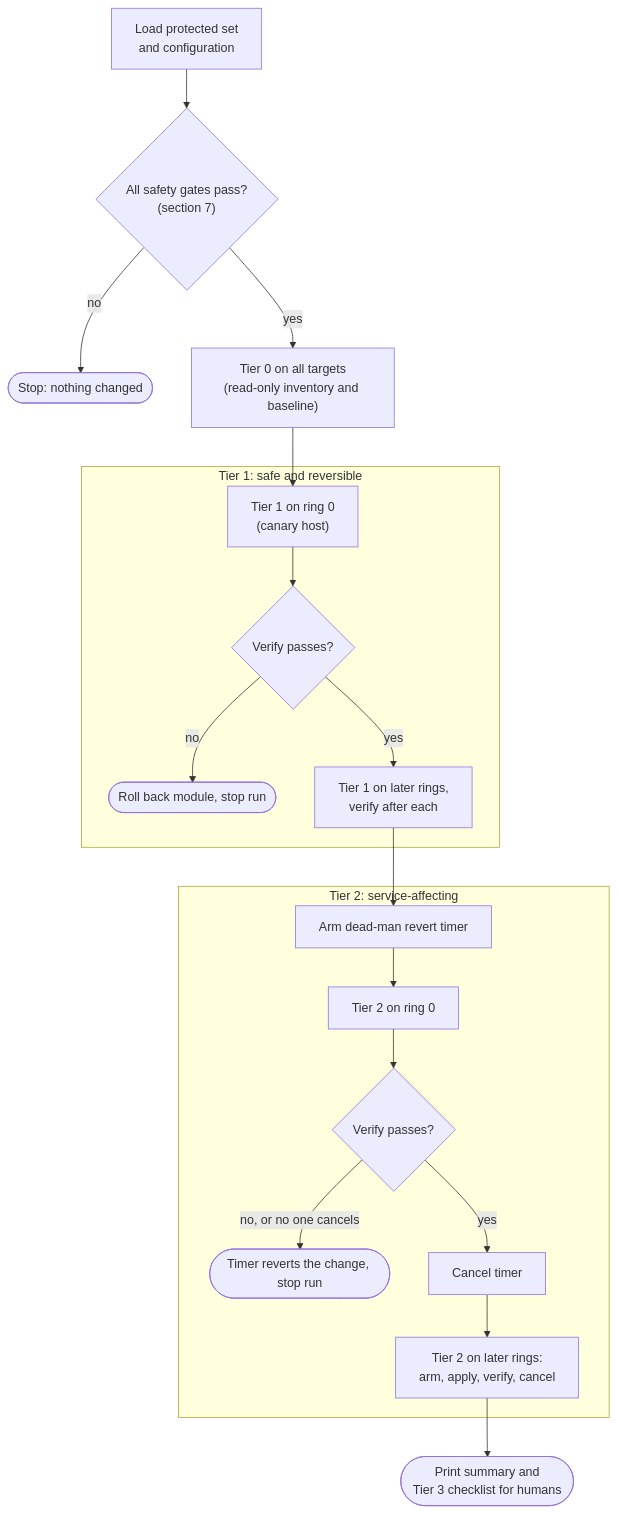
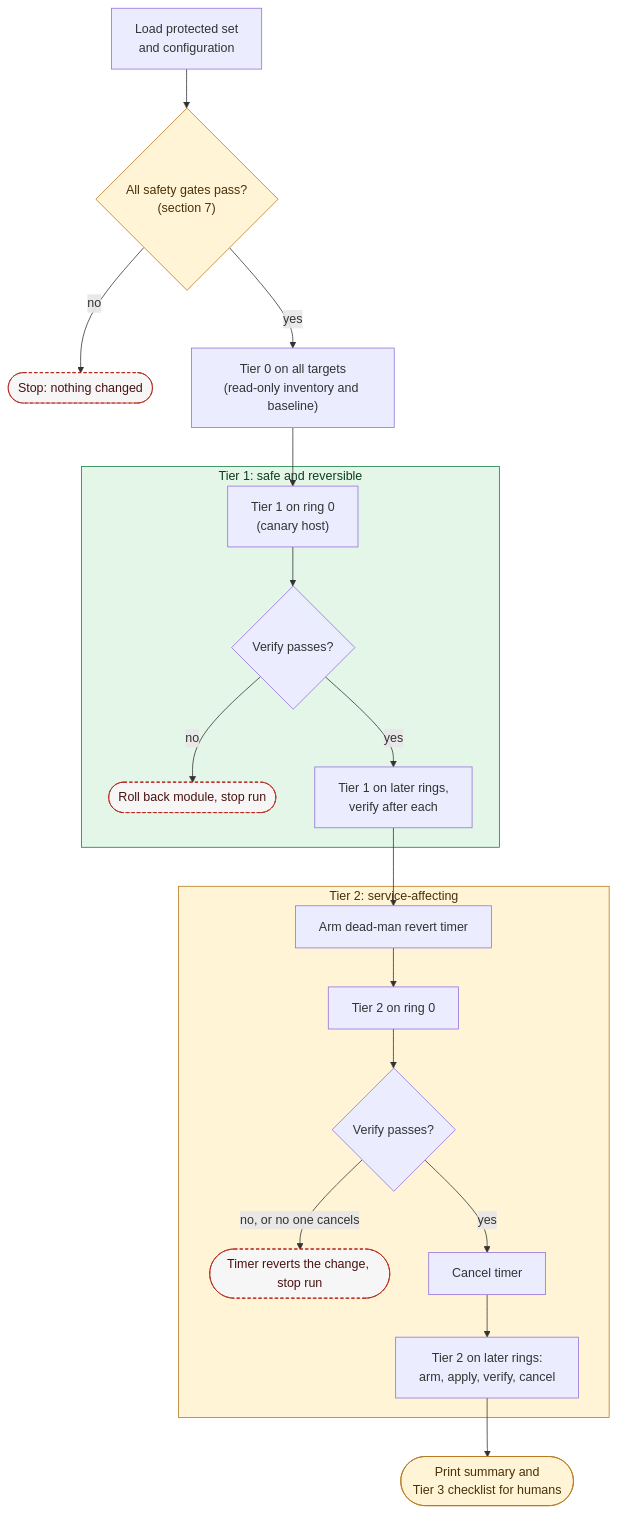
One commit to dotnetdork/Labyrinth changed the second of 2 diagrams in docs/design/01-Lockout-Panic-Button.md. Above: the diagram before and after it, drawn with Mermaid. The commit also changed other lines of this file and 12 other files, not shown here.

````diff
--- a/docs/design/01-Lockout-Panic-Button.md
+++ b/docs/design/01-Lockout-Panic-Button.md
@@ -75,19 +83,25 @@
 ```mermaid
 flowchart TD
     PS["Load protected set<br/>and configuration"] --> GATES{"All safety gates pass?<br/>(section 7)"}
     GATES -->|no| STOP(["Stop: nothing changed"])
     GATES -->|yes| T0["Tier 0 on all targets<br/>(read-only inventory and baseline)"]
     subgraph tier1["Tier 1: safe and reversible"]
         T1C["Tier 1 on ring 0<br/>(canary host)"] --> V1{"Verify passes?"}
         V1 -->|no| RB1(["Roll back module, stop run"])
         V1 -->|yes| T1R["Tier 1 on later rings,<br/>verify after each"]
     end
     subgraph tier2["Tier 2: service-affecting"]
         ARM["Arm dead-man revert timer"] --> T2C["Tier 2 on ring 0"] --> V2{"Verify passes?"}
         V2 -->|"no, or no one cancels"| REV(["Timer reverts the change, stop run"])
         V2 -->|yes| CAN["Cancel timer"] --> T2R["Tier 2 on later rings:<br/>arm, apply, verify, cancel"]
     end
     T0 --> T1C
     T1R --> ARM
     T2R --> OUT(["Print summary and<br/>Tier 3 checklist for humans"])
+    classDef human fill:#fff4d6,stroke:#b7791f,color:#4a3108
+    classDef stop fill:#f6f6f6,stroke:#b42318,color:#4a1111,stroke-dasharray:4 3
+    class GATES,OUT human
+    class STOP,RB1,REV stop
+    style tier1 fill:#e3f6e8,stroke:#15803d,color:#0f3d20
+    style tier2 fill:#fff4d6,stroke:#b7791f,color:#4a3108
 ```
````
